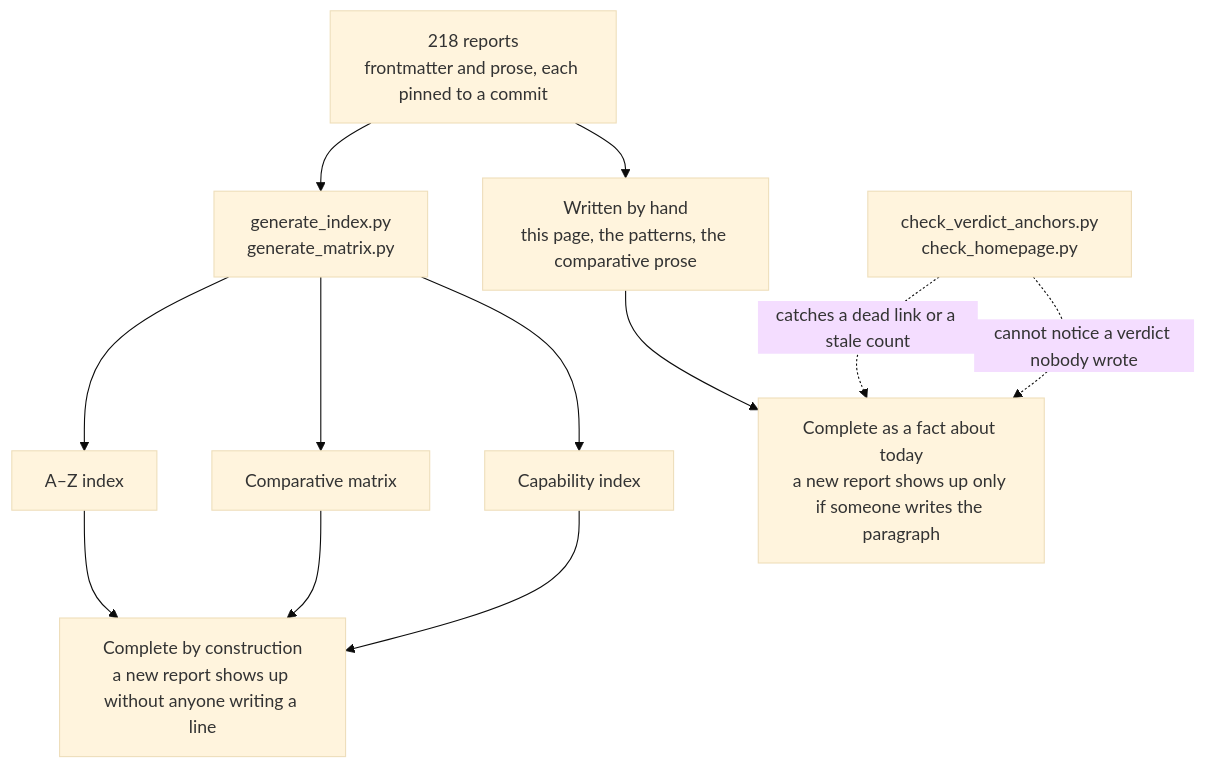
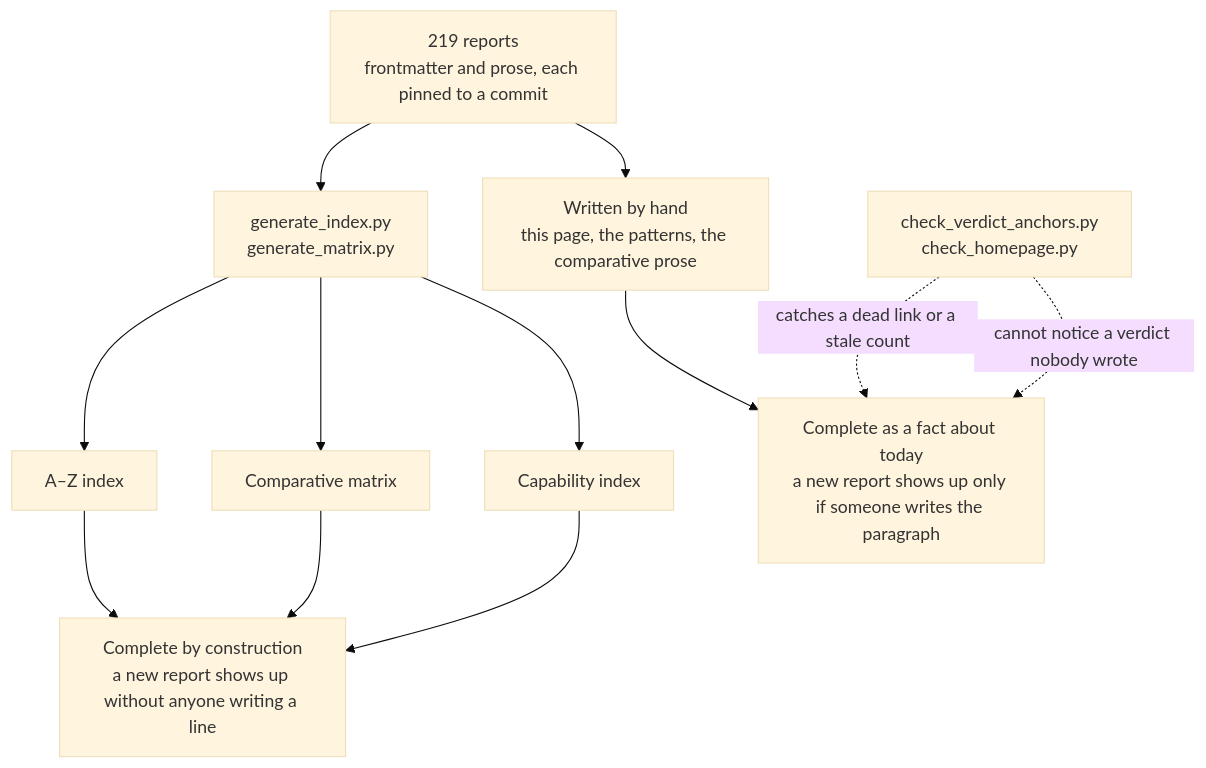
The diagram in content/verdicts.md (neoneye/agent-memory-atlas), drawn with Mermaid (base theme) before and after one commit. The commit also changed other lines of this file and 19 other files, not shown here.

````diff
--- a/content/verdicts.md
+++ b/content/verdicts.md
@@ -40,15 +40,15 @@
 ```mermaid
 flowchart TD
-    R["218 reports<br/>frontmatter and prose, each pinned to a commit"]
+    R["219 reports<br/>frontmatter and prose, each pinned to a commit"]
     R --> GEN["generate_index.py<br/>generate_matrix.py"]
     R --> HAND["Written by hand<br/>this page, the patterns, the comparative prose"]
     GEN --> AZ["A–Z index"]
     GEN --> MX["Comparative matrix"]
     GEN --> CI["Capability index"]
     AZ --> CONST["Complete by construction<br/>a new report shows up without anyone writing a line"]
     MX --> CONST
     CI --> CONST
     HAND --> TODAY["Complete as a fact about today<br/>a new report shows up only if someone writes the paragraph"]
     CHK["check_verdict_anchors.py<br/>check_homepage.py"] -.->|"catches a dead link or a stale count"| TODAY
     CHK -.->|"cannot notice a verdict nobody wrote"| TODAY
 ```
````
